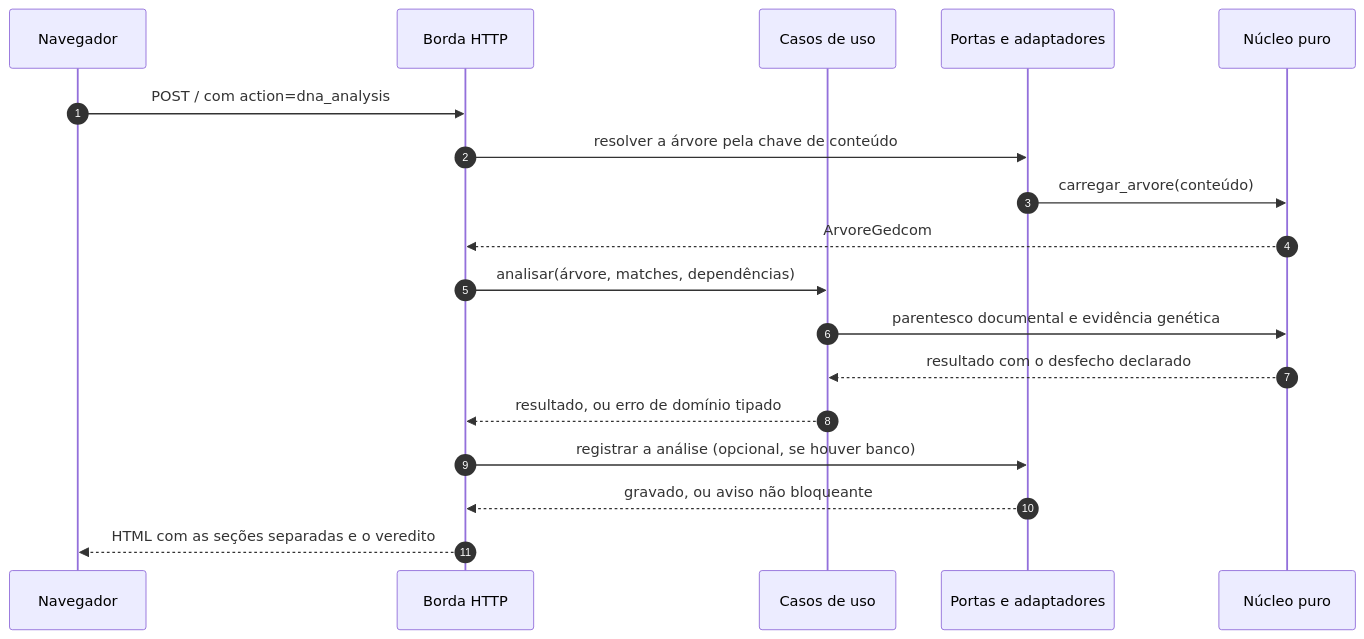
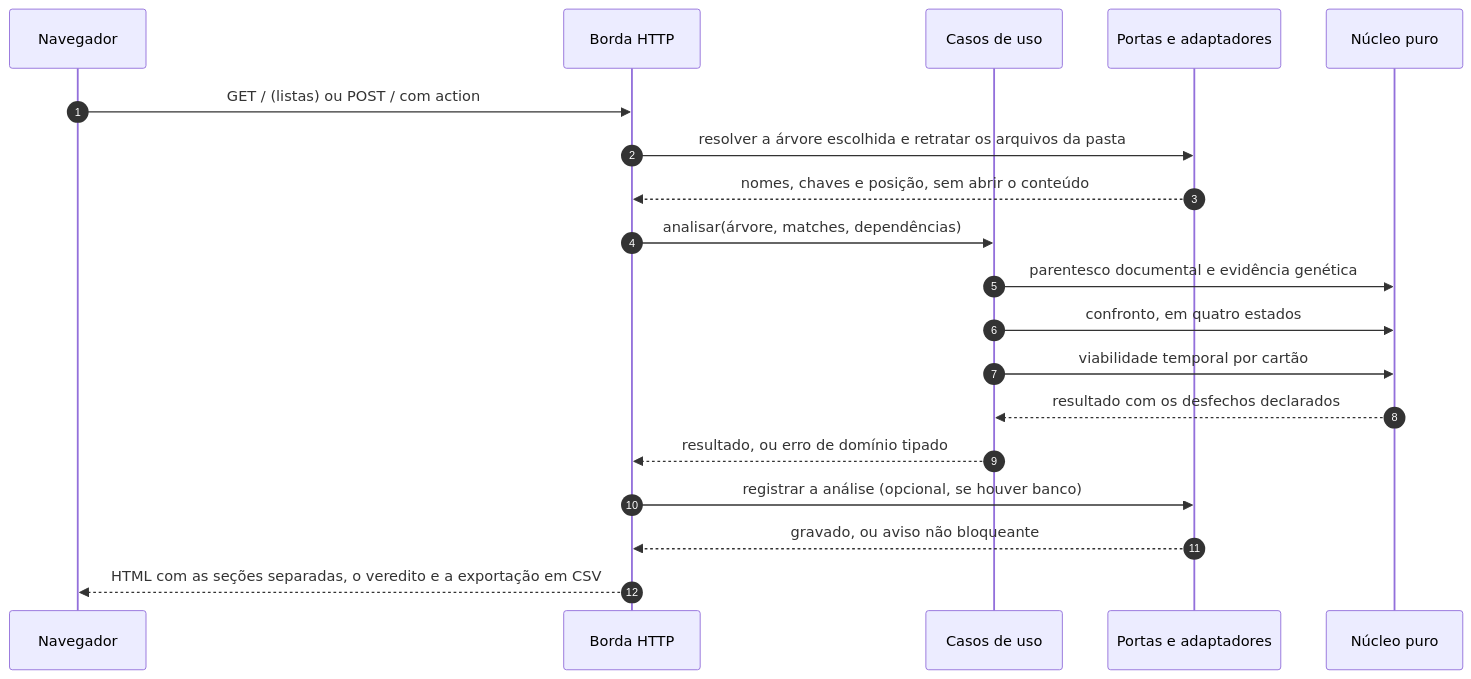
Before and after one commit to Adriano1976/reversa-analisador-genealogico: the second of 4 diagrams in README.md, drawn with Mermaid. The commit also changed other lines of this file, not shown here.

Commit message:
docs(readme): documenta o veredito de viabilidade e a stack

````diff
--- a/README.md
+++ b/README.md
@@ -104,20 +127,21 @@
 ```mermaid
 sequenceDiagram
     autonumber
     participant N as Navegador
     participant A as Borda HTTP
     participant U as Casos de uso
     participant P as Portas e adaptadores
     participant C as Núcleo puro
-    N->>A: POST / com action=dna_analysis
-    A->>P: resolver a árvore pela chave de conteúdo
-    P->>C: carregar_arvore(conteúdo)
-    C-->>A: ArvoreGedcom
+    N->>A: GET / (listas) ou POST / com action
+    A->>P: resolver a árvore escolhida e retratar os arquivos da pasta
+    P-->>A: nomes, chaves e posição, sem abrir o conteúdo
     A->>U: analisar(árvore, matches, dependências)
     U->>C: parentesco documental e evidência genética
-    C-->>U: resultado com o desfecho declarado
+    U->>C: confronto, em quatro estados
+    U->>C: viabilidade temporal por cartão
+    C-->>U: resultado com os desfechos declarados
     U-->>A: resultado, ou erro de domínio tipado
     A->>P: registrar a análise (opcional, se houver banco)
     P-->>A: gravado, ou aviso não bloqueante
-    A-->>N: HTML com as seções separadas e o veredito
+    A-->>N: HTML com as seções separadas, o veredito e a exportação em CSV
 ```
````
